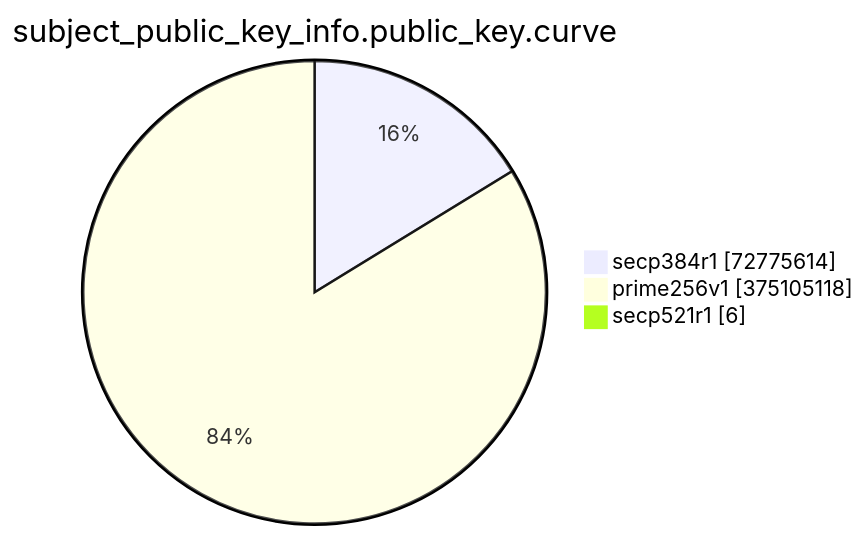
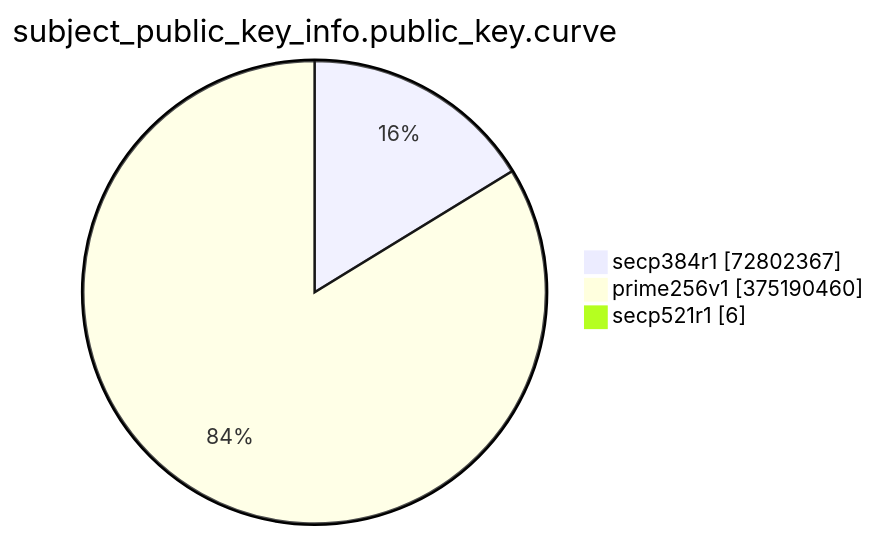
The eighth of 15 diagrams in TOTAL/README.md (christiankrug/ctmonitor_visualization), drawn with Mermaid before and after one commit. The commit also changed other lines of this file, not shown here.

````diff
--- a/TOTAL/README.md
+++ b/TOTAL/README.md
@@ -3094,7 +3094,7 @@
 ```mermaid
 pie showData
 title subject_public_key_info.public_key.curve
-"secp384r1" :72775614
-"prime256v1" :375105118
+"secp384r1" :72802367
+"prime256v1" :375190460
 "secp521r1" :6
 ```
````
